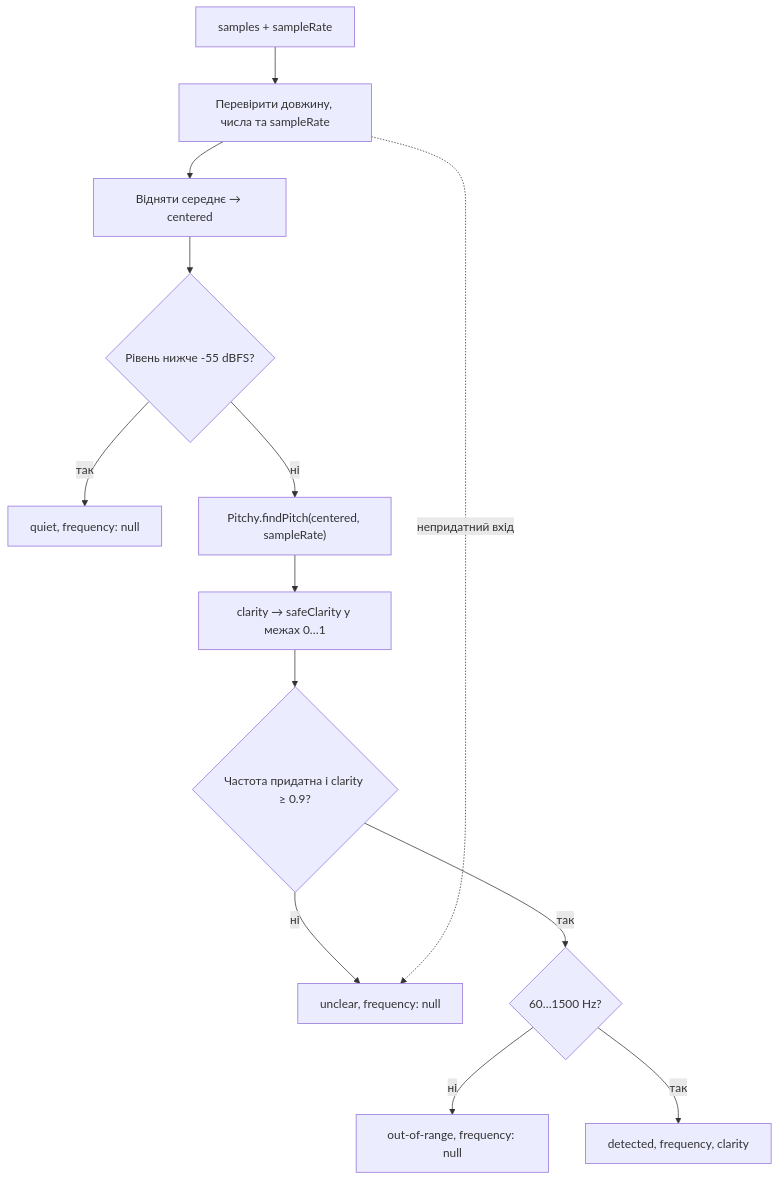
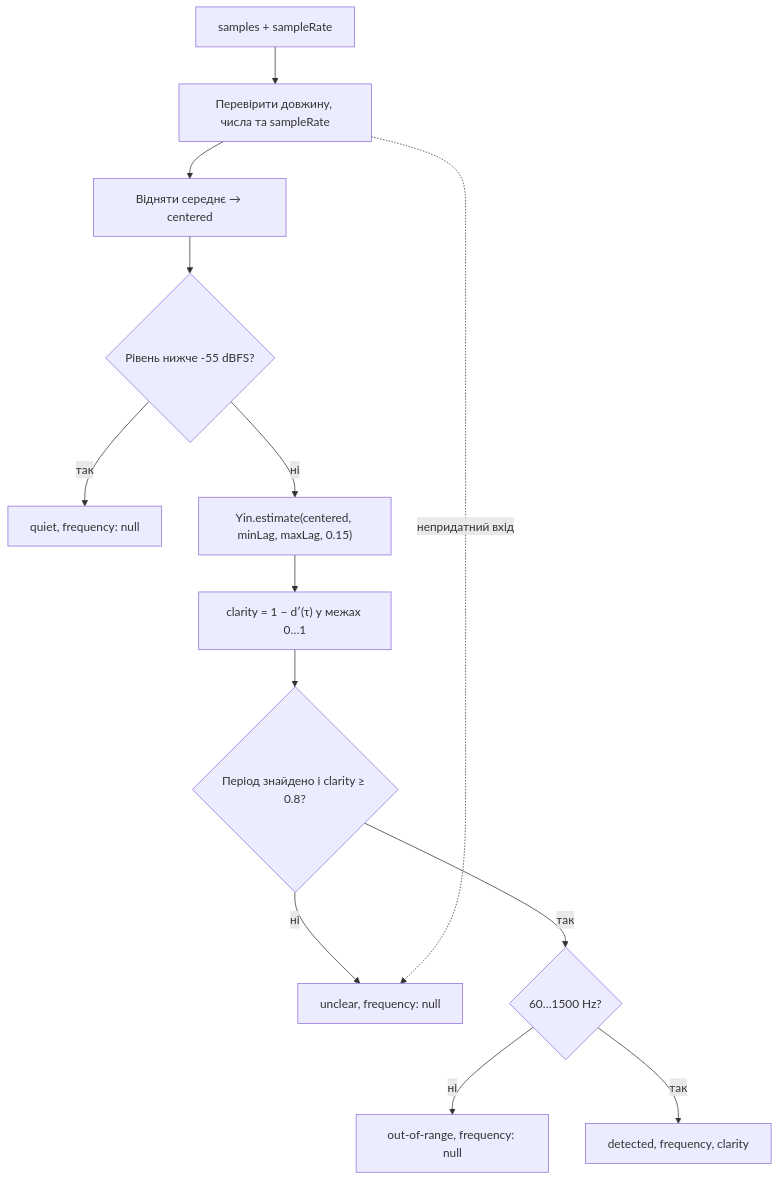
Before and after one commit to TheVangoog/Sonora: diagram 28 of 33 in docs/PROJECT-MAP.md, drawn with Mermaid. The commit also changed other lines of this file and 17 other files, not shown here.

First line of the commit message:
Tuner: replace Pitchy (MPM) with our own YIN

````diff
--- a/docs/PROJECT-MAP.md
+++ b/docs/PROJECT-MAP.md
@@ -579,15 +579,15 @@
 ```mermaid
 flowchart TD
     Input["samples + sampleRate"] --> Validate["Перевірити довжину, числа та sampleRate"]
     Validate --> Center["Відняти середнє → centered"]
     Center --> Level{"Рівень нижче -55 dBFS?"}
     Level -->|"так"| Quiet["quiet, frequency: null"]
-    Level -->|"ні"| Pitchy["Pitchy.findPitch(centered, sampleRate)"]
-    Pitchy --> Clamp["clarity → safeClarity у межах 0…1"]
-    Clamp --> Valid{"Частота придатна і clarity ≥ 0.9?"}
+    Level -->|"ні"| Pitchy["Yin.estimate(centered, minLag, maxLag, 0.15)"]
+    Pitchy --> Clamp["clarity = 1 − d′(τ) у межах 0…1"]
+    Clamp --> Valid{"Період знайдено і clarity ≥ 0.8?"}
     Valid -->|"ні"| Unclear["unclear, frequency: null"]
     Valid -->|"так"| Range{"60…1500 Hz?"}
     Range -->|"ні"| Out["out-of-range, frequency: null"]
     Range -->|"так"| Detected["detected, frequency, clarity"]
     Validate -. "непридатний вхід" .-> Unclear
 ```
````
